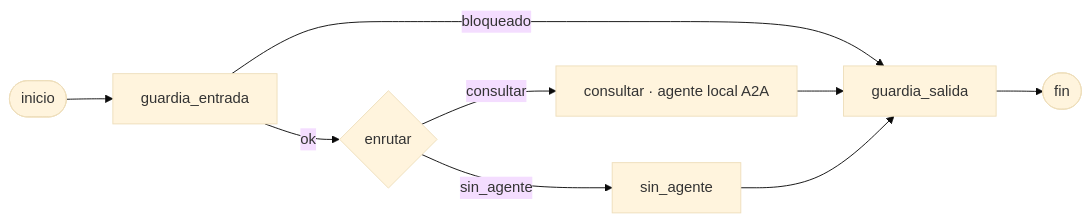
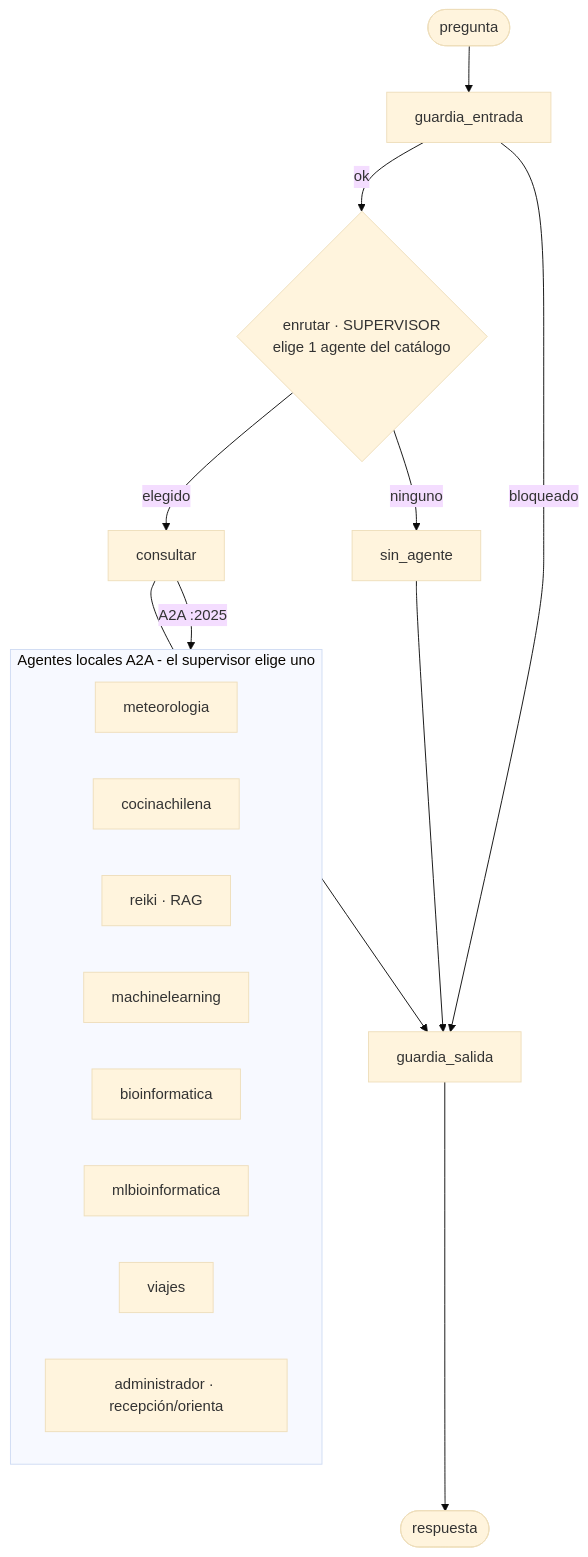
Before and after one commit to etmunoz/tarea_2_curso_2: the diagram in README.md, drawn with Mermaid (base theme). The commit also changed other lines of this file and 1 other file, not shown here.

Commit message:
docs: aclara que el SUPERVISOR (coordinador) rutea, no el administrador
- README: diagrama Mermaid rehecho (flowchart TD) con subgrafo de los 8
  agentes A2A y el supervisor (enrutar) eligiendo uno; administrador marcado
  como recepcion/orienta (no rutea). Leyenda actualizada.
- README/AGENTS: corrige la redaccion 'administrador deriva al resto' ->
  recepcion que orienta y sugiere; el ruteo lo hace el nodo enrutar.

````diff
--- a/README.md
+++ b/README.md
@@ -62,11 +66,24 @@
 ```mermaid
-flowchart LR
-    START([inicio]) --> GE[guardia_entrada]
-    GE -->|ok| EN{enrutar}
+flowchart TD
+    START([pregunta]) --> GE[guardia_entrada]
+    GE -->|ok| SUP{enrutar · SUPERVISOR<br/>elige 1 agente del catálogo}
     GE -->|bloqueado| GS[guardia_salida]
-    EN -->|consultar| CO[consultar · agente local A2A]
-    EN -->|sin_agente| SA[sin_agente]
+    SUP -->|elegido| CO[consultar]
+    SUP -->|ninguno| SA[sin_agente]
+    CO -->|A2A :2025| AG
     CO --> GS
     SA --> GS
-    GS --> END([fin])
+    GS --> END([respuesta])
+
+    subgraph AG[Agentes locales A2A - el supervisor elige uno]
+      direction LR
+      MET[meteorologia]
+      COC[cocinachilena]
+      REI[reiki · RAG]
+      MLG[machinelearning]
+      BIO[bioinformatica]
+      MLB[mlbioinformatica]
+      VIA[viajes]
+      ADM[administrador · recepción/orienta]
+    end
 ```
````
